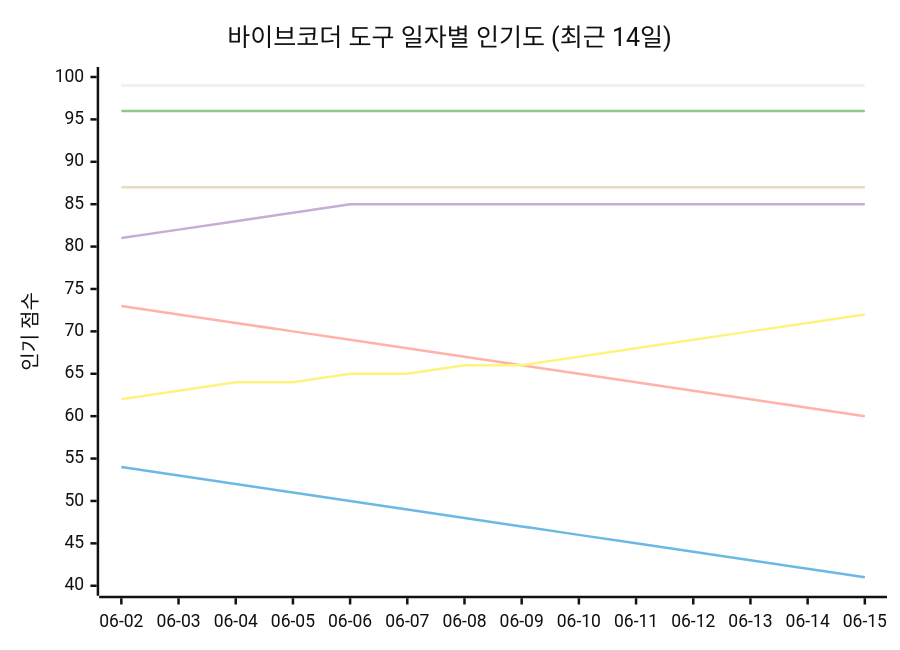
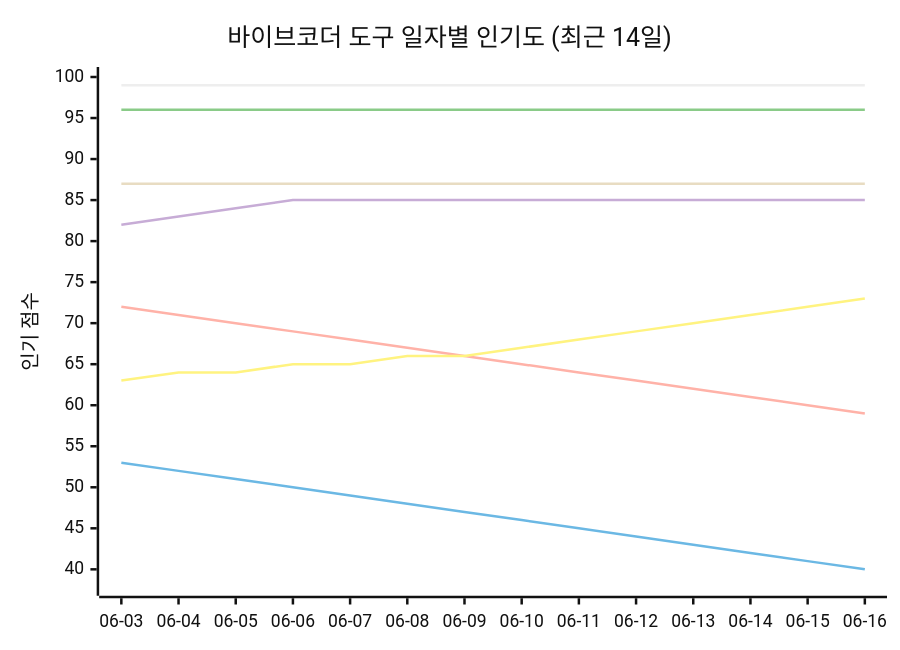
The seventh of 11 diagrams in README_ko.md (tykimos/ai-whatchelin), drawn with Mermaid (neutral theme) before and after one commit. The commit also changed other lines of this file and 4 other files, not shown here.

````diff
--- a/README_ko.md
+++ b/README_ko.md
@@ -1566,13 +1575,13 @@
 ```mermaid
 xychart-beta
     title "바이브코더 도구 일자별 인기도 (최근 14일)"
-    x-axis ["06-02", "06-03", "06-04", "06-05", "06-06", "06-07", "06-08", "06-09", "06-10", "06-11", "06-12", "06-13", "06-14", "06-15"]
-    y-axis "인기 점수" 40 --> 100
+    x-axis ["06-03", "06-04", "06-05", "06-06", "06-07", "06-08", "06-09", "06-10", "06-11", "06-12", "06-13", "06-14", "06-15", "06-16"]
+    y-axis "인기 점수" 38 --> 100
     line "Claude Code" [99, 99, 99, 99, 99, 99, 99, 99, 99, 99, 99, 99, 99, 99]
-    line "GH Copilot" [54, 53, 52, 51, 50, 49, 48, 47, 46, 45, 44, 43, 42, 41]
+    line "GH Copilot" [53, 52, 51, 50, 49, 48, 47, 46, 45, 44, 43, 42, 41, 40]
     line "Cursor" [96, 96, 96, 96, 96, 96, 96, 96, 96, 96, 96, 96, 96, 96]
-    line "Windsurf" [81, 82, 83, 84, 85, 85, 85, 85, 85, 85, 85, 85, 85, 85]
+    line "Windsurf" [82, 83, 84, 85, 85, 85, 85, 85, 85, 85, 85, 85, 85, 85]
     line "Codex CLI" [87, 87, 87, 87, 87, 87, 87, 87, 87, 87, 87, 87, 87, 87]
-    line "Gemini CLI" [73, 72, 71, 70, 69, 68, 67, 66, 65, 64, 63, 62, 61, 60]
-    line "Antigravity" [62, 63, 64, 64, 65, 65, 66, 66, 67, 68, 69, 70, 71, 72]
+    line "Gemini CLI" [72, 71, 70, 69, 68, 67, 66, 65, 64, 63, 62, 61, 60, 59]
+    line "Antigravity" [63, 64, 64, 65, 65, 66, 66, 67, 68, 69, 70, 71, 72, 73]
 ```
````
